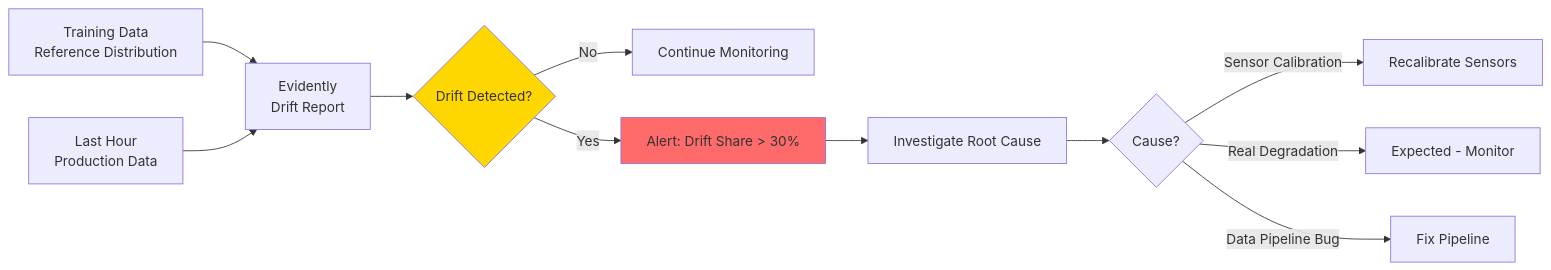
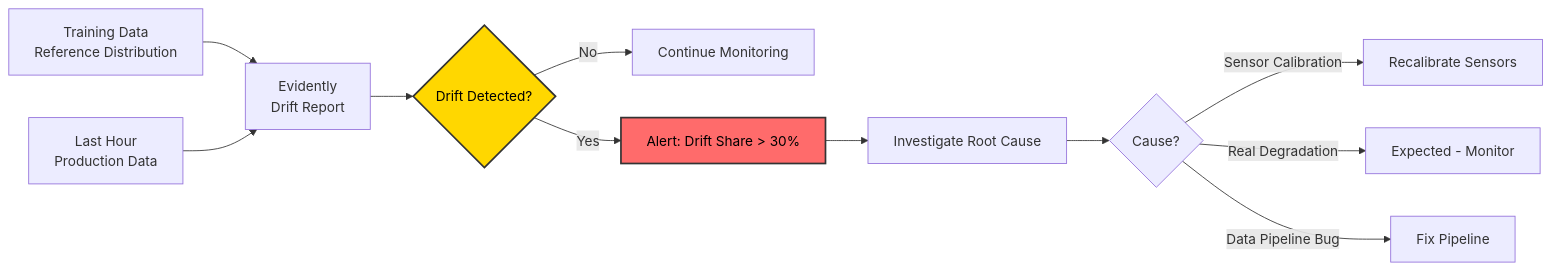
Before and after one commit to nasim-raj-laskar/Real-Time-Aircraft-Engine-Predictive-Maintenance-System: the second of 2 diagrams in docs/07_monitoring.md, drawn with Mermaid. The commit also changed 8 other files, not shown here.

````diff
--- a/docs/07_monitoring.md
+++ b/docs/07_monitoring.md
@@ -120,18 +120,18 @@
 ```mermaid
 flowchart LR
     A[Training Data<br/>Reference Distribution] --> C[Evidently<br/>Drift Report]
     B[Last Hour<br/>Production Data] --> C
     
     C --> D{Drift Detected?}
     D -->|No| E[Continue Monitoring]
     D -->|Yes| F[Alert: Drift Share > 30%]
     
     F --> G[Investigate Root Cause]
     G --> H{Cause?}
     H -->|Sensor Calibration| I[Recalibrate Sensors]
     H -->|Real Degradation| J[Expected - Monitor]
     H -->|Data Pipeline Bug| K[Fix Pipeline]
     
-    style D fill:#FFD700
-    style F fill:#FF6B6B
+    style D fill:#FFD700,stroke:#333,stroke-width:2px,color:#000
+    style F fill:#FF6B6B,stroke:#333,stroke-width:2px,color:#000
 ```
````
